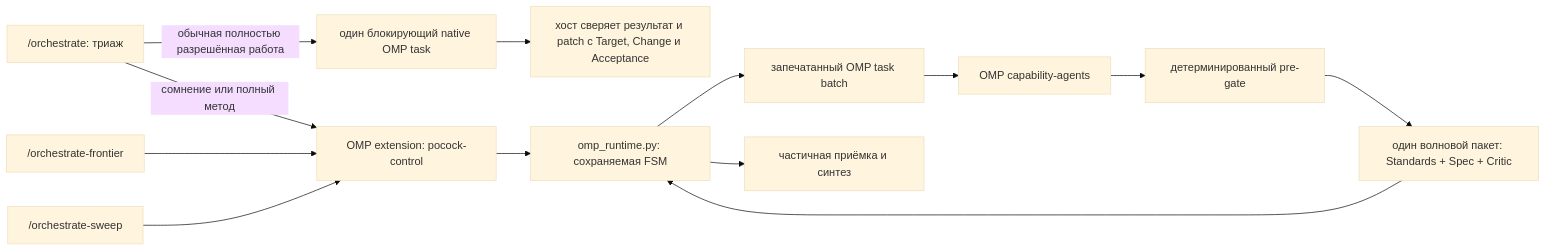
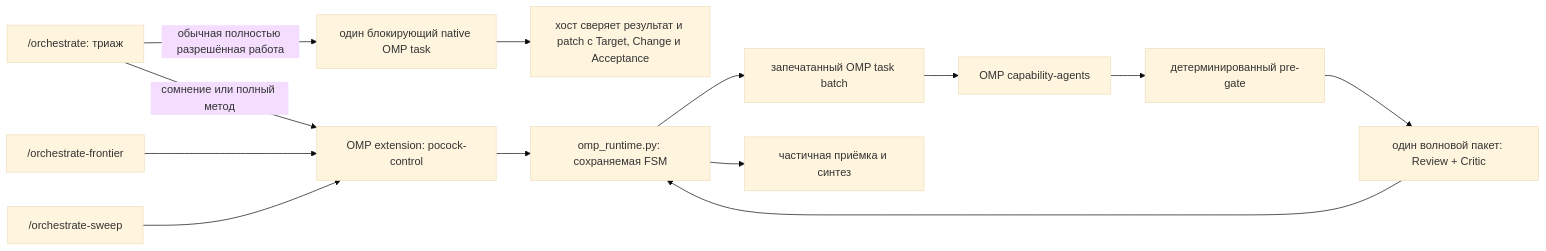
The diagram in README.md (shah1git/claude-orchestrate), drawn with Mermaid (base theme) before and after one commit. The commit also changed other lines of this file and 17 other files, not shown here.

````diff
--- a/README.md
+++ b/README.md
@@ -52,15 +52,15 @@
 ```mermaid
 flowchart LR
     O["/orchestrate: триаж"] -->|обычная полностью разрешённая работа| D["один блокирующий native OMP task"]
     D --> H["хост сверяет результат и patch с Target, Change и Acceptance"]
     O -->|сомнение или полный метод| C["OMP extension: pocock-control"]
     F["/orchestrate-frontier"] --> C
     W["/orchestrate-sweep"] --> C
     C --> R["omp_runtime.py: сохраняемая FSM"]
     R --> P["запечатанный OMP task batch"]
     P --> A["OMP capability-agents"]
     A --> G["детерминированный pre-gate"]
-    G --> L["один волновой пакет: Standards + Spec + Critic"]
+    G --> L["один волновой пакет: Review + Critic"]
     L --> R
     R --> S["частичная приёмка и синтез"]
 ```
````
